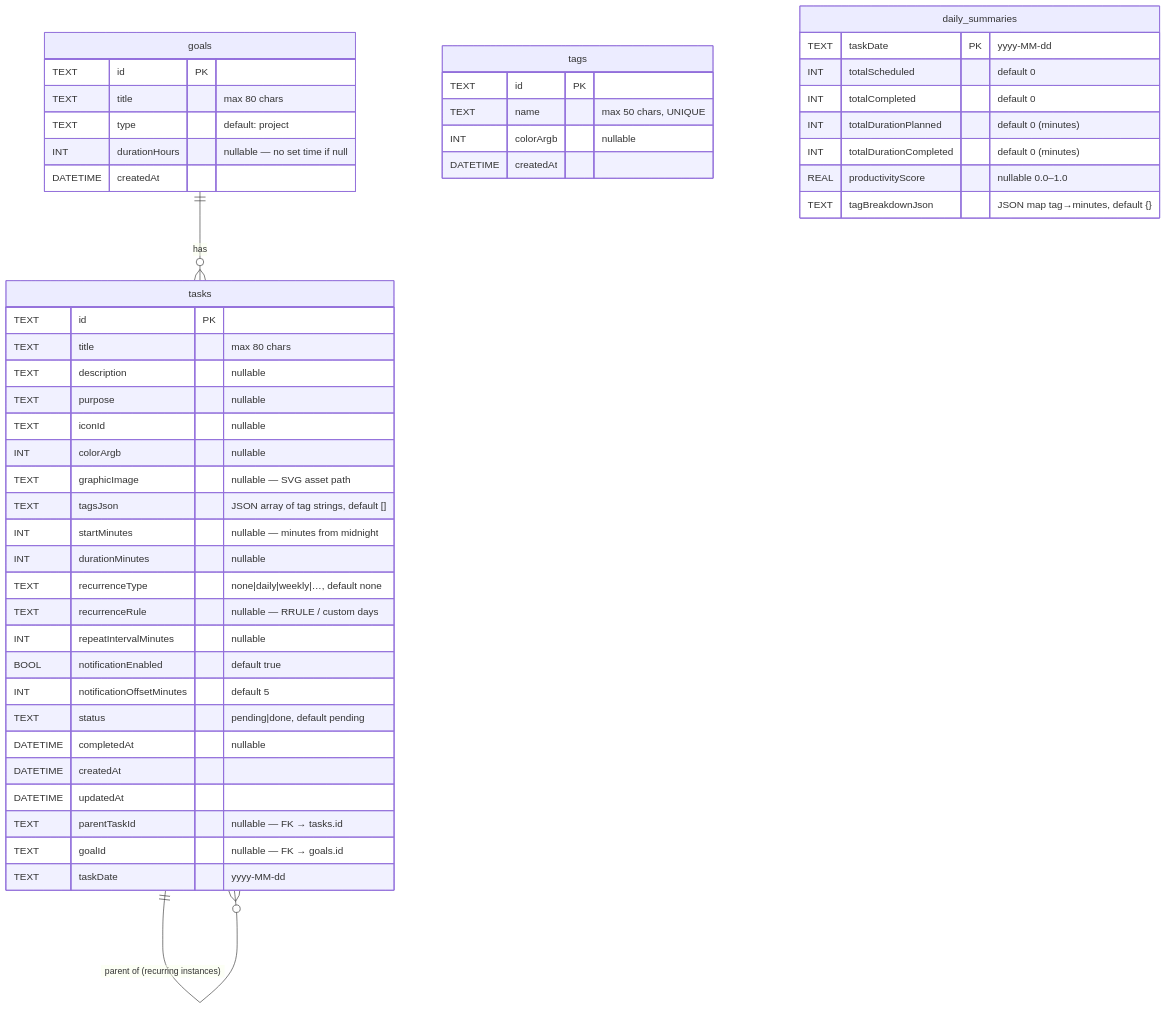
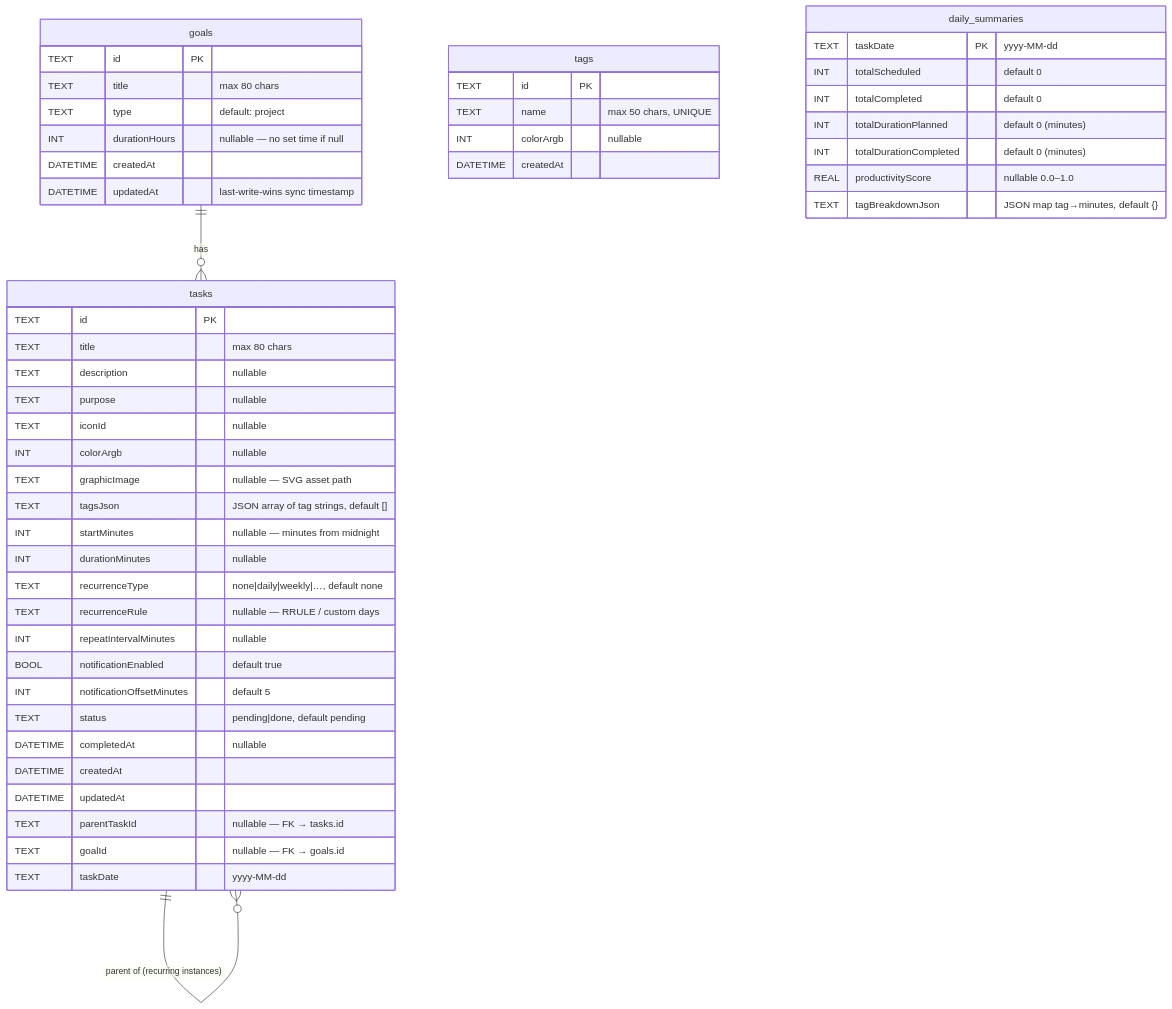
One commit to abhay-byte/TaskStack changed the first of 2 diagrams in docs/er-diagram.md. Above: the diagram before and after it, drawn with Mermaid. The commit also changed other lines of this file and 11 other files, not shown here.

````diff
--- a/docs/er-diagram.md
+++ b/docs/er-diagram.md
@@ -13,56 +13,57 @@
 ```mermaid
 erDiagram
 
     goals {
         TEXT     id              PK
         TEXT     title           "max 80 chars"
         TEXT     type            "default: project"
         INT      durationHours   "nullable — no set time if null"
         DATETIME createdAt
+        DATETIME updatedAt       "last-write-wins sync timestamp"
     }
 
     tasks {
         TEXT     id                       PK
         TEXT     title                    "max 80 chars"
         TEXT     description              "nullable"
         TEXT     purpose                  "nullable"
         TEXT     iconId                   "nullable"
         INT      colorArgb                "nullable"
         TEXT     graphicImage             "nullable — SVG asset path"
         TEXT     tagsJson                 "JSON array of tag strings, default []"
         INT      startMinutes             "nullable — minutes from midnight"
         INT      durationMinutes          "nullable"
         TEXT     recurrenceType           "none|daily|weekly|…, default none"
         TEXT     recurrenceRule           "nullable — RRULE / custom days"
         INT      repeatIntervalMinutes    "nullable"
         BOOL     notificationEnabled      "default true"
         INT      notificationOffsetMinutes "default 5"
         TEXT     status                   "pending|done, default pending"
         DATETIME completedAt              "nullable"
         DATETIME createdAt
         DATETIME updatedAt
         TEXT     parentTaskId             "nullable — FK → tasks.id"
         TEXT     goalId                   "nullable — FK → goals.id"
         TEXT     taskDate                 "yyyy-MM-dd"
     }
 
     tags {
         TEXT     id        PK
         TEXT     name      "max 50 chars, UNIQUE"
         INT      colorArgb "nullable"
         DATETIME createdAt
     }
 
     daily_summaries {
         TEXT  taskDate                  PK  "yyyy-MM-dd"
         INT   totalScheduled                "default 0"
         INT   totalCompleted                "default 0"
         INT   totalDurationPlanned          "default 0 (minutes)"
         INT   totalDurationCompleted        "default 0 (minutes)"
         REAL  productivityScore             "nullable 0.0–1.0"
         TEXT  tagBreakdownJson              "JSON map tag→minutes, default {}"
     }
 
     goals ||--o{ tasks : "has"
     tasks ||--o{ tasks : "parent of (recurring instances)"
 ```
````
